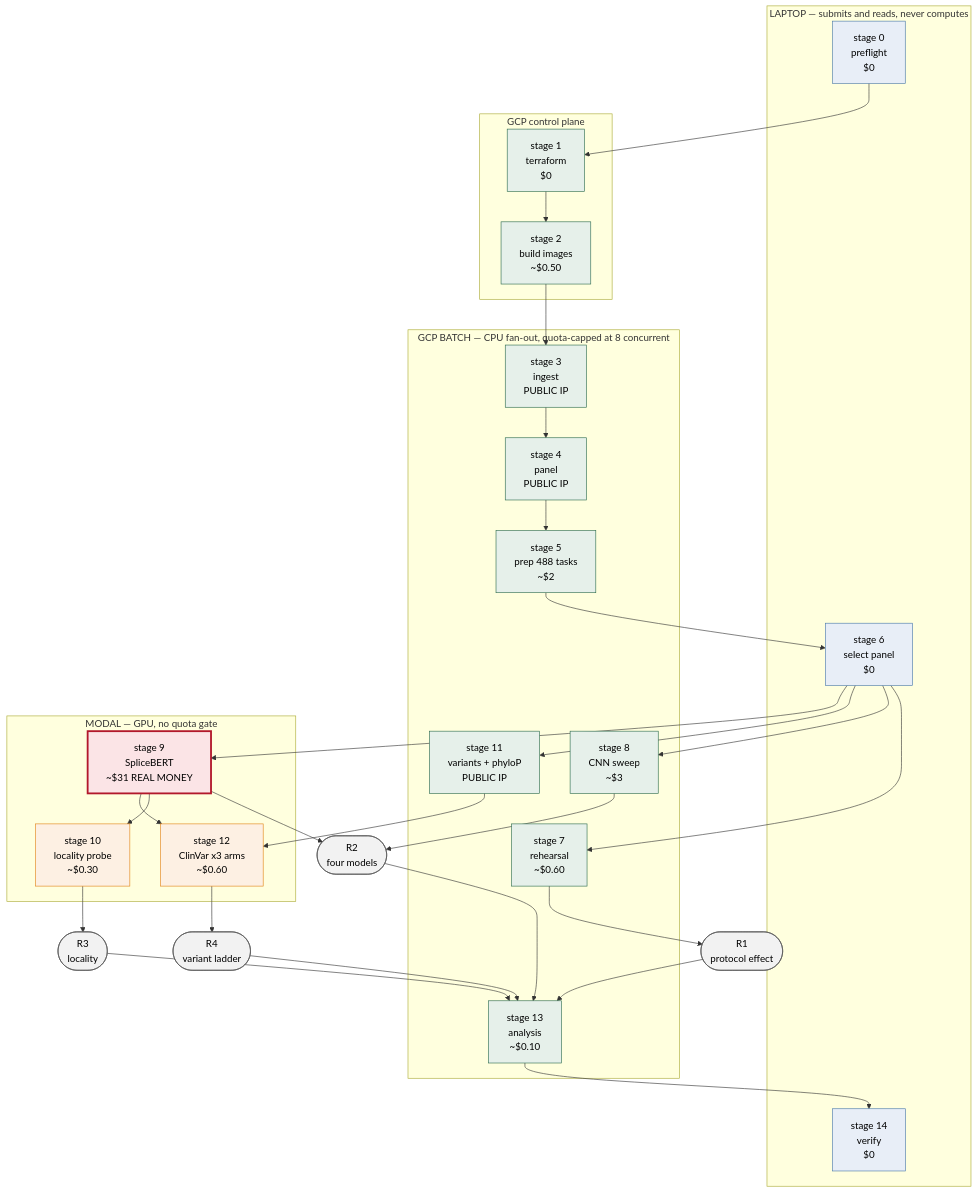
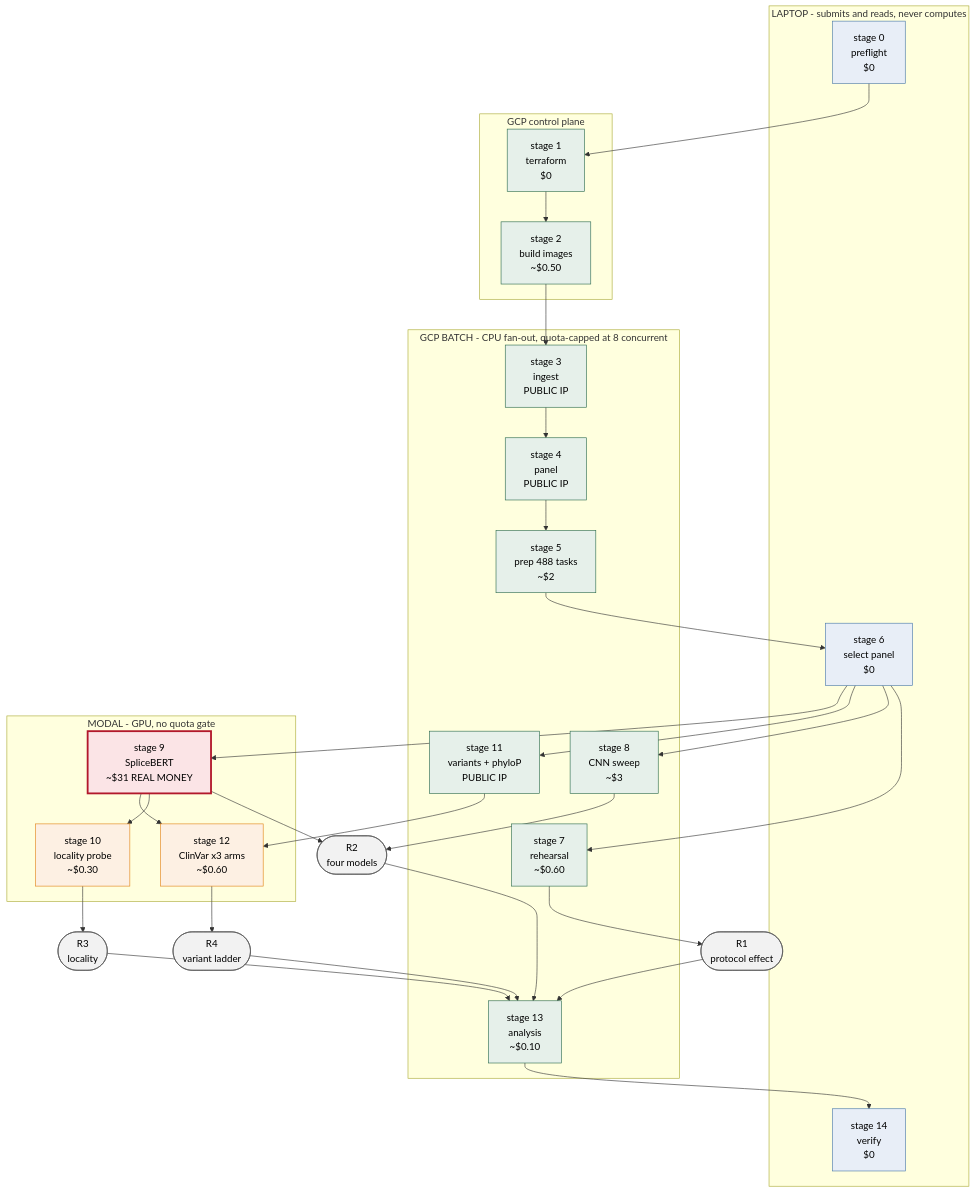
Before and after one commit to NirmalKumar31/rbp-protocol-calibration: the first of 8 diagrams in docs/architecture.md, drawn with Mermaid. The commit also changed other lines of this file and 28 other files, not shown here.

````diff
--- a/docs/architecture.md
+++ b/docs/architecture.md
@@ -13,60 +13,60 @@
 ```mermaid
 flowchart TD
-    subgraph LOCAL["LAPTOP — submits and reads, never computes"]
+    subgraph LOCAL["LAPTOP - submits and reads, never computes"]
         S0["stage 0<br/>preflight<br/>$0"]
         S6["stage 6<br/>select panel<br/>$0"]
         S14["stage 14<br/>verify<br/>$0"]
     end
 
     subgraph GCPCTL["GCP control plane"]
         S1["stage 1<br/>terraform<br/>$0"]
         S2["stage 2<br/>build images<br/>~$0.50"]
     end
 
-    subgraph BATCH["GCP BATCH — CPU fan-out, quota-capped at 8 concurrent"]
+    subgraph BATCH["GCP BATCH - CPU fan-out, quota-capped at 8 concurrent"]
         S3["stage 3<br/>ingest<br/>PUBLIC IP"]
         S4["stage 4<br/>panel<br/>PUBLIC IP"]
         S5["stage 5<br/>prep 488 tasks<br/>~$2"]
         S7["stage 7<br/>rehearsal<br/>~$0.60"]
         S8["stage 8<br/>CNN sweep<br/>~$3"]
         S11["stage 11<br/>variants + phyloP<br/>PUBLIC IP"]
         S13["stage 13<br/>analysis<br/>~$0.10"]
     end
 
-    subgraph MODAL["MODAL — GPU, no quota gate"]
+    subgraph MODAL["MODAL - GPU, no quota gate"]
         S9["stage 9<br/>SpliceBERT<br/>~$31 REAL MONEY"]
         S10["stage 10<br/>locality probe<br/>~$0.30"]
         S12["stage 12<br/>ClinVar x3 arms<br/>~$0.60"]
     end
 
     R1(["R1<br/>protocol effect"])
     R2(["R2<br/>four models"])
     R3(["R3<br/>locality"])
     R4(["R4<br/>variant ladder"])
 
     S0 --> S1 --> S2 --> S3 --> S4 --> S5 --> S6
     S6 --> S7 --> R1
     S6 --> S8 --> R2
     S6 --> S11
     S6 --> S9 --> R2
     S9 --> S10 --> R3
     S9 --> S12
     S11 --> S12 --> R4
     R1 --> S13
     R2 --> S13
     R3 --> S13
     R4 --> S13
     S13 --> S14
 
     classDef local fill:#e8eef7,stroke:#4878a8,color:#000
     classDef gcp fill:#e6f0ea,stroke:#2b6a4d,color:#000
     classDef modal fill:#fdf0e3,stroke:#e08214,color:#000
     classDef money fill:#fbe4e6,stroke:#b2182b,color:#000,stroke-width:3px
     classDef result fill:#f2f2f2,stroke:#555,color:#000
 
     class S0,S6,S14 local
     class S1,S2,S3,S4,S5,S7,S8,S11,S13 gcp
     class S10,S12 modal
     class S9 money
     class R1,R2,R3,R4 result
 ```
````
